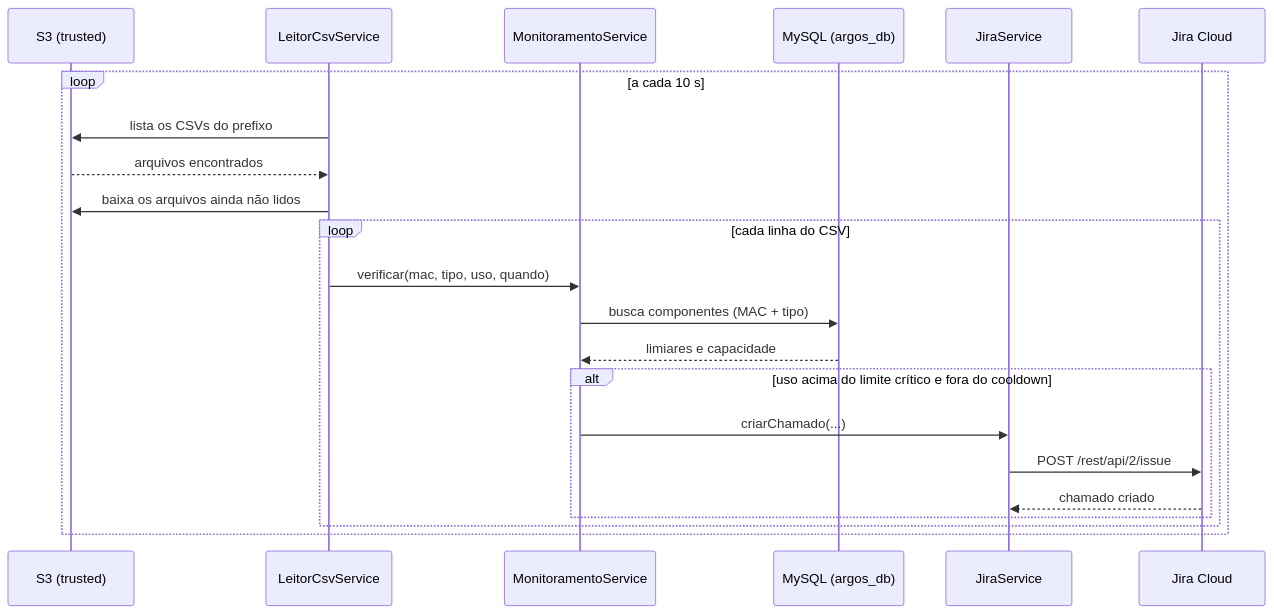
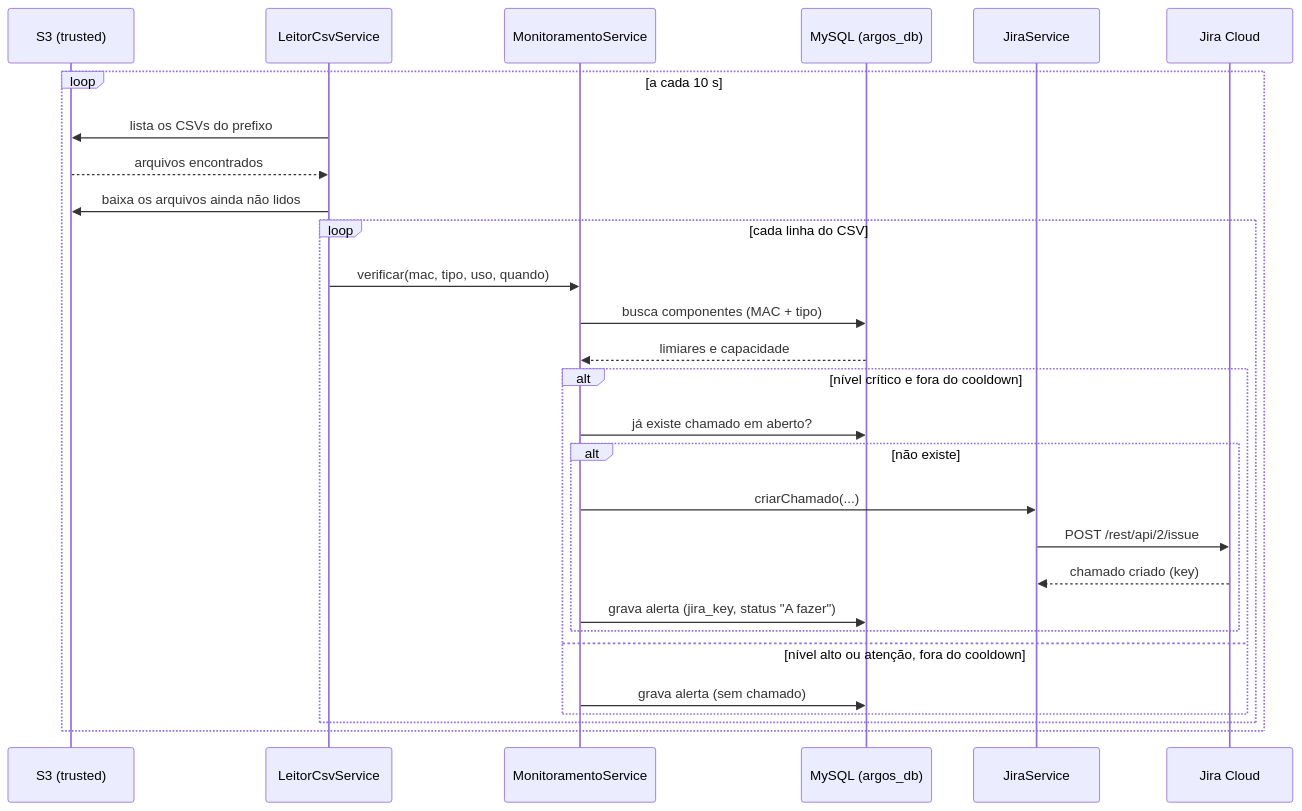
The first of 2 diagrams in README.md (Grupo-9-Projeto/java-jira), drawn with Mermaid before and after one commit. The commit also changed other lines of this file, not shown here.

````diff
--- a/README.md
+++ b/README.md
@@ -60,25 +63,31 @@
 ```mermaid
 sequenceDiagram
     participant S3 as S3 (trusted)
     participant L as LeitorCsvService
     participant M as MonitoramentoService
     participant DB as MySQL (argos_db)
     participant J as JiraService
     participant Jira as Jira Cloud
 
     loop a cada 10 s
         L->>S3: lista os CSVs do prefixo
         S3-->>L: arquivos encontrados
         L->>S3: baixa os arquivos ainda não lidos
         loop cada linha do CSV
             L->>M: verificar(mac, tipo, uso, quando)
             M->>DB: busca componentes (MAC + tipo)
             DB-->>M: limiares e capacidade
-            alt uso acima do limite crítico e fora do cooldown
-                M->>J: criarChamado(...)
-                J->>Jira: POST /rest/api/2/issue
-                Jira-->>J: chamado criado
+            alt nível crítico e fora do cooldown
+                M->>DB: já existe chamado em aberto?
+                alt não existe
+                    M->>J: criarChamado(...)
+                    J->>Jira: POST /rest/api/2/issue
+                    Jira-->>J: chamado criado (key)
+                    M->>DB: grava alerta (jira_key, status "A fazer")
+                end
+            else nível alto ou atenção, fora do cooldown
+                M->>DB: grava alerta (sem chamado)
             end
         end
     end
 ```
````
